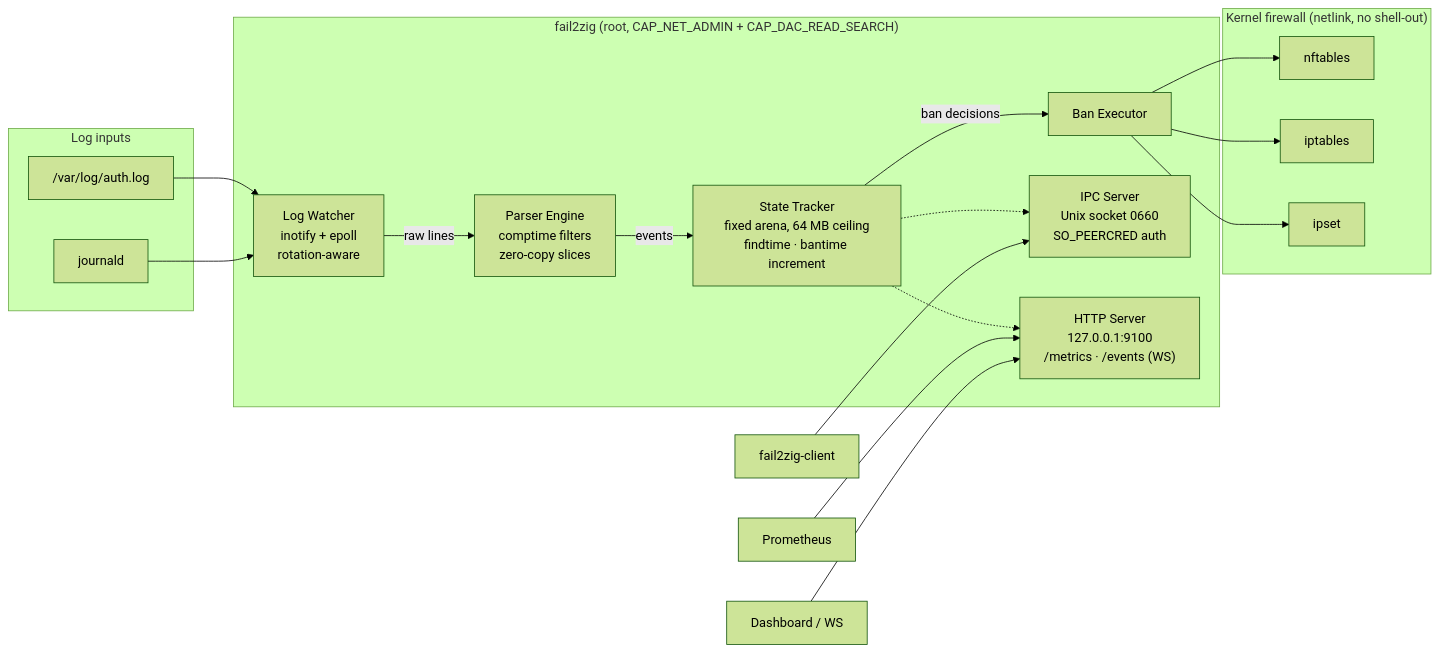
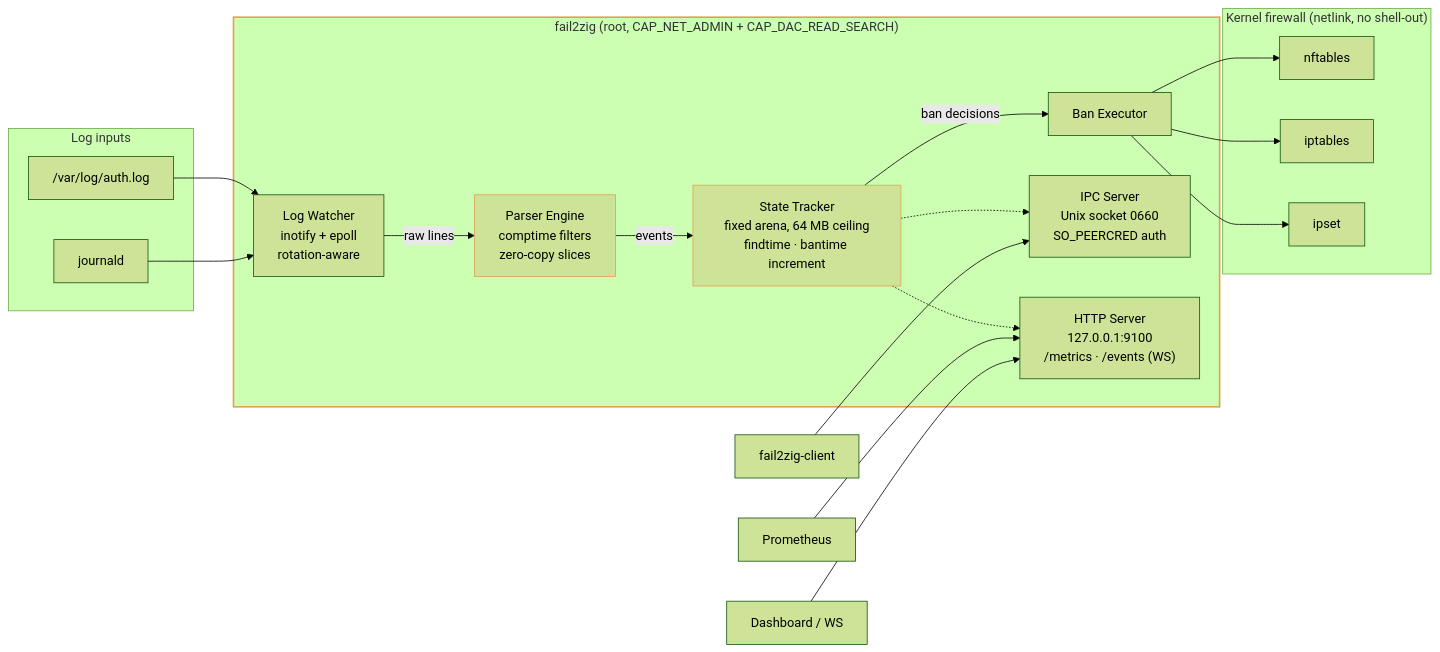
Before and after one commit to ul0gic/fail2zig: the diagram in README.md, drawn with Mermaid (forest theme). The commit also changed other lines of this file, not shown here.

````diff
--- a/README.md
+++ b/README.md
@@ -97,37 +106,41 @@
 ```mermaid
 flowchart LR
     subgraph Inputs["Log inputs"]
         AL["/var/log/auth.log"]
         JD["journald"]
     end
 
     subgraph Daemon["fail2zig (root, CAP_NET_ADMIN + CAP_DAC_READ_SEARCH)"]
         LW["Log Watcher<br/>inotify + epoll<br/>rotation-aware"]
         PE["Parser Engine<br/>comptime filters<br/>zero-copy slices"]
         ST["State Tracker<br/>fixed arena, 64 MB ceiling<br/>findtime · bantime increment"]
         BE["Ban Executor"]
         IPC["IPC Server<br/>Unix socket 0660<br/>SO_PEERCRED auth"]
         HTTP["HTTP Server<br/>127.0.0.1:9100<br/>/metrics · /events (WS)"]
     end
 
     subgraph Kernel["Kernel firewall (netlink, no shell-out)"]
         NFT["nftables"]
         IPT["iptables"]
         IPS["ipset"]
     end
 
     AL --> LW
     JD --> LW
     LW -->|raw lines| PE
     PE -->|events| ST
     ST -->|ban decisions| BE
     BE --> NFT
     BE --> IPT
     BE --> IPS
     ST -.-> IPC
     ST -.-> HTTP
 
     CLI["fail2zig-client"] --> IPC
     PROM["Prometheus"] --> HTTP
     DASH["Dashboard / WS"] --> HTTP
+
+    style Daemon stroke:#E1A050,stroke-width:2px
+    style PE stroke:#E1A050
+    style ST stroke:#E1A050
 ```
````
